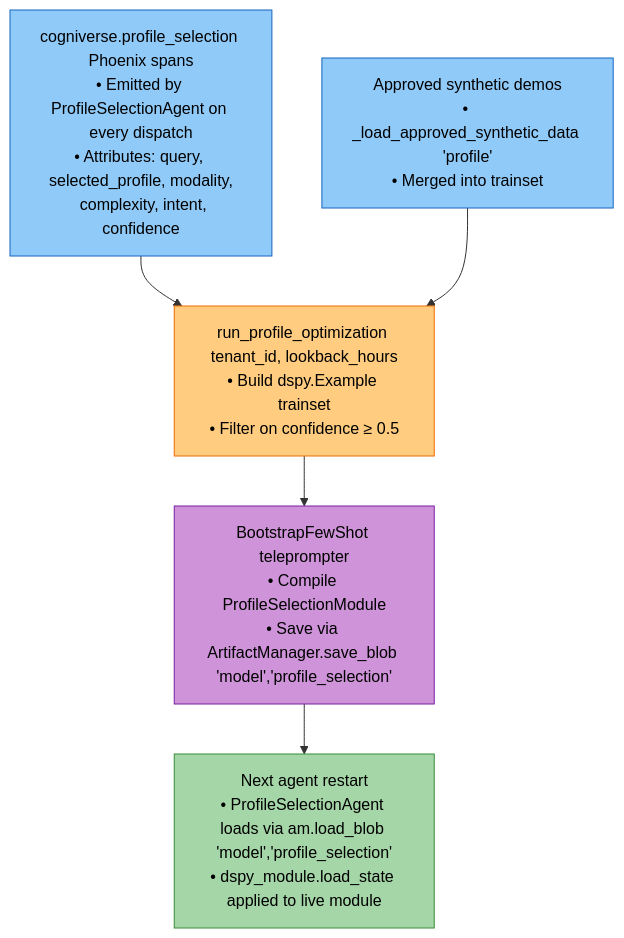
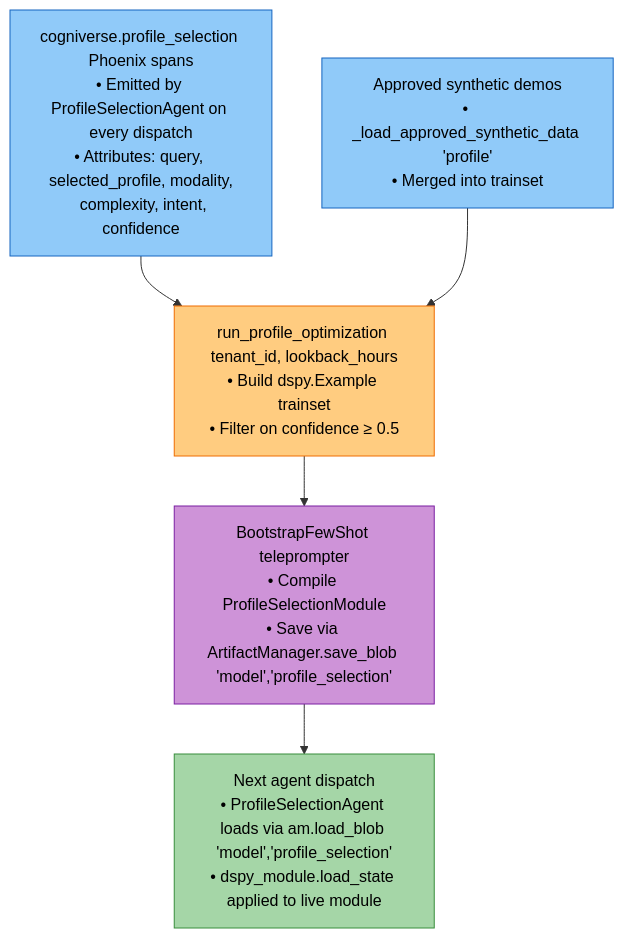
One commit to amit-jain/cogniverse changed the third of 4 diagrams in docs/modules/optimization.md. Above: the diagram before and after it, drawn with Mermaid. The commit also changed other lines of this file and 5 other files, not shown here.

````diff
--- a/docs/modules/optimization.md
+++ b/docs/modules/optimization.md
@@ -186,18 +187,18 @@
 ```mermaid
 flowchart TB
     Spans["<span style='color:#000'>cogniverse.profile_selection Phoenix spans<br/>• Emitted by ProfileSelectionAgent on every dispatch<br/>• Attributes: query, selected_profile, modality,<br/>  complexity, intent, confidence</span>"]
 
     Spans --> RunOpt["<span style='color:#000'>run_profile_optimization tenant_id, lookback_hours<br/>• Build dspy.Example trainset<br/>• Filter on confidence ≥ 0.5</span>"]
 
     Synthetic["<span style='color:#000'>Approved synthetic demos<br/>• _load_approved_synthetic_data 'profile'<br/>• Merged into trainset</span>"] --> RunOpt
 
     RunOpt --> Compile["<span style='color:#000'>BootstrapFewShot teleprompter<br/>• Compile ProfileSelectionModule<br/>• Save via ArtifactManager.save_blob 'model','profile_selection'</span>"]
 
-    Compile --> Reload["<span style='color:#000'>Next agent restart<br/>• ProfileSelectionAgent loads via am.load_blob 'model','profile_selection'<br/>• dspy_module.load_state applied to live module</span>"]
+    Compile --> Reload["<span style='color:#000'>Next agent dispatch<br/>• ProfileSelectionAgent loads via am.load_blob 'model','profile_selection'<br/>• dspy_module.load_state applied to live module</span>"]
 
     style Spans fill:#90caf9,stroke:#1565c0,color:#000
     style Synthetic fill:#90caf9,stroke:#1565c0,color:#000
     style RunOpt fill:#ffcc80,stroke:#ef6c00,color:#000
     style Compile fill:#ce93d8,stroke:#7b1fa2,color:#000
     style Reload fill:#a5d6a7,stroke:#388e3c,color:#000
 ```
````
